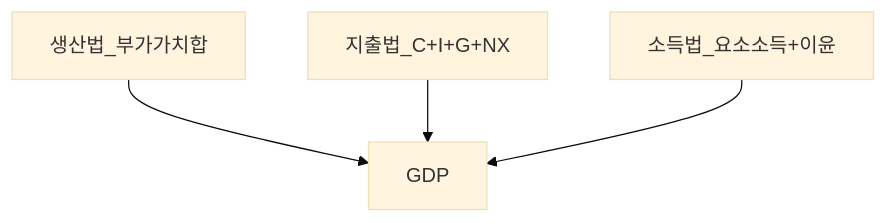
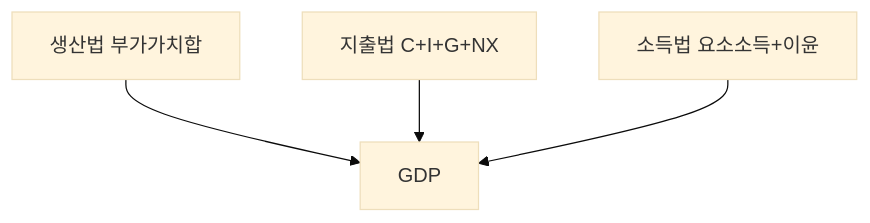
The first of 2 diagrams in 02-economics/macro-01-gdp-accounts-growth.md (goldanghenry/Finances), drawn with Mermaid (base theme) before and after one commit. The commit also changed other lines of this file and 211 other files, not shown here.

````diff
--- a/02-economics/macro-01-gdp-accounts-growth.md
+++ b/02-economics/macro-01-gdp-accounts-growth.md
@@ -107,6 +123,6 @@
 ```mermaid
 flowchart TD
-  Prod[생산법_부가가치합] --> GDP[GDP]
-  Exp[지출법_C+I+G+NX] --> GDP
-  Inc[소득법_요소소득+이윤] --> GDP
+  Prod["생산법 부가가치합"] --> GDP[GDP]
+  Exp["지출법 C+I+G+NX"] --> GDP
+  Inc["소득법 요소소득+이윤"] --> GDP
 ```
````
